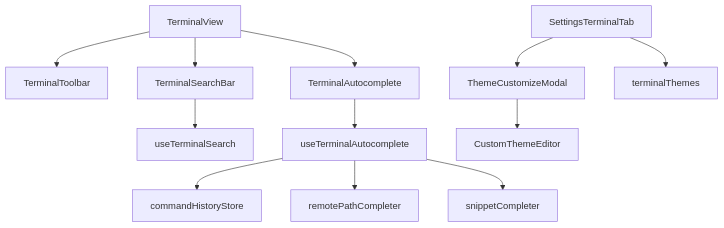
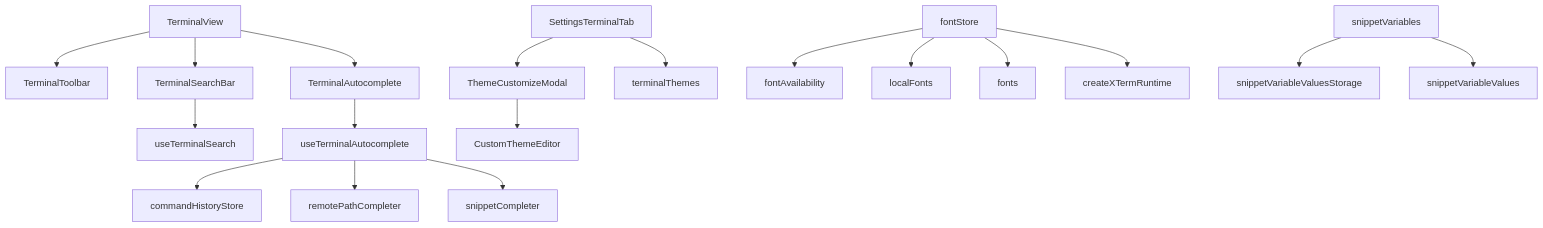
One commit to szeiyou/Netcatty changed the eighth of 8 diagrams in .qoder/repowiki/zh/content/用户指南/终端功能/终端功能.md. Above: the diagram before and after it, drawn with Mermaid. The commit also changed other lines of this file and 6 other files, not shown here.

````diff
--- a/.qoder/repowiki/zh/content/用户指南/终端功能/终端功能.md
+++ b/.qoder/repowiki/zh/content/用户指南/终端功能/终端功能.md
@@ -339,14 +508,20 @@
 ```mermaid
 graph TB
 TV["TerminalView"] --> TT["TerminalToolbar"]
 TV --> TS["TerminalSearchBar"]
 TV --> TAC["TerminalAutocomplete"]
 TS --> UTS["useTerminalSearch"]
 TAC --> UTAC["useTerminalAutocomplete"]
 UTAC --> CHS["commandHistoryStore"]
 UTAC --> RPC["remotePathCompleter"]
 UTAC --> SC["snippetCompleter"]
 ST["SettingsTerminalTab"] --> SCM["ThemeCustomizeModal"]
 SCM --> CTE["CustomThemeEditor"]
 ST --> TTCONF["terminalThemes"]
+FS["fontStore"] --> FA["fontAvailability"]
+FS --> LF["localFonts"]
+FS --> FT["fonts"]
+FS --> CRT["createXTermRuntime"]
+SV["snippetVariables"] --> SVS["snippetVariableValuesStorage"]
+SV --> SVV["snippetVariableValues"]
 ```
````
